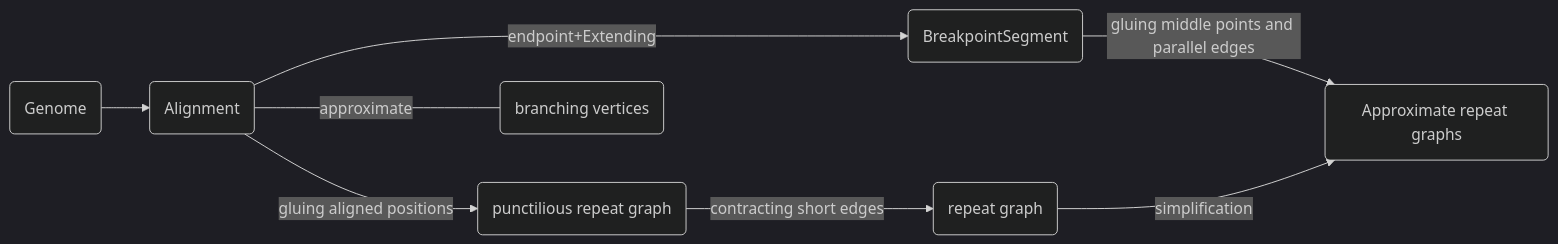
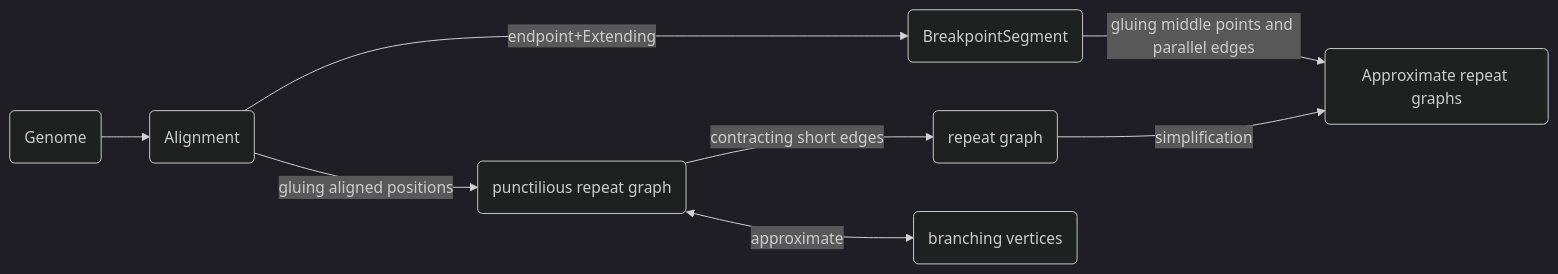
The diagram in _posts/2021-07-14-Flye.md (Wu-Haonan/Wu-Haonan.github.io), drawn with Mermaid (dark theme) before and after one commit.

````diff
--- a/_posts/2021-07-14-Flye.md
+++ b/_posts/2021-07-14-Flye.md
@@ -88,10 +88,10 @@
 ```mermaid
 graph LR;
     A(Genome)-->B(Alignment);
     B-->|gluing aligned positions|C(punctilious repeat graph);
     C-->|contracting short edges|D(repeat graph);
     B-->|endpoint+Extending|E(BreakpointSegment);
     E-->|gluing middle points and parallel edges|F(Approximate repeat graphs);
     D-->|simplification|F;
-    B---|approximate|G(branching vertices);
+    C<-->|approximate|G(branching vertices);
 ```
````
